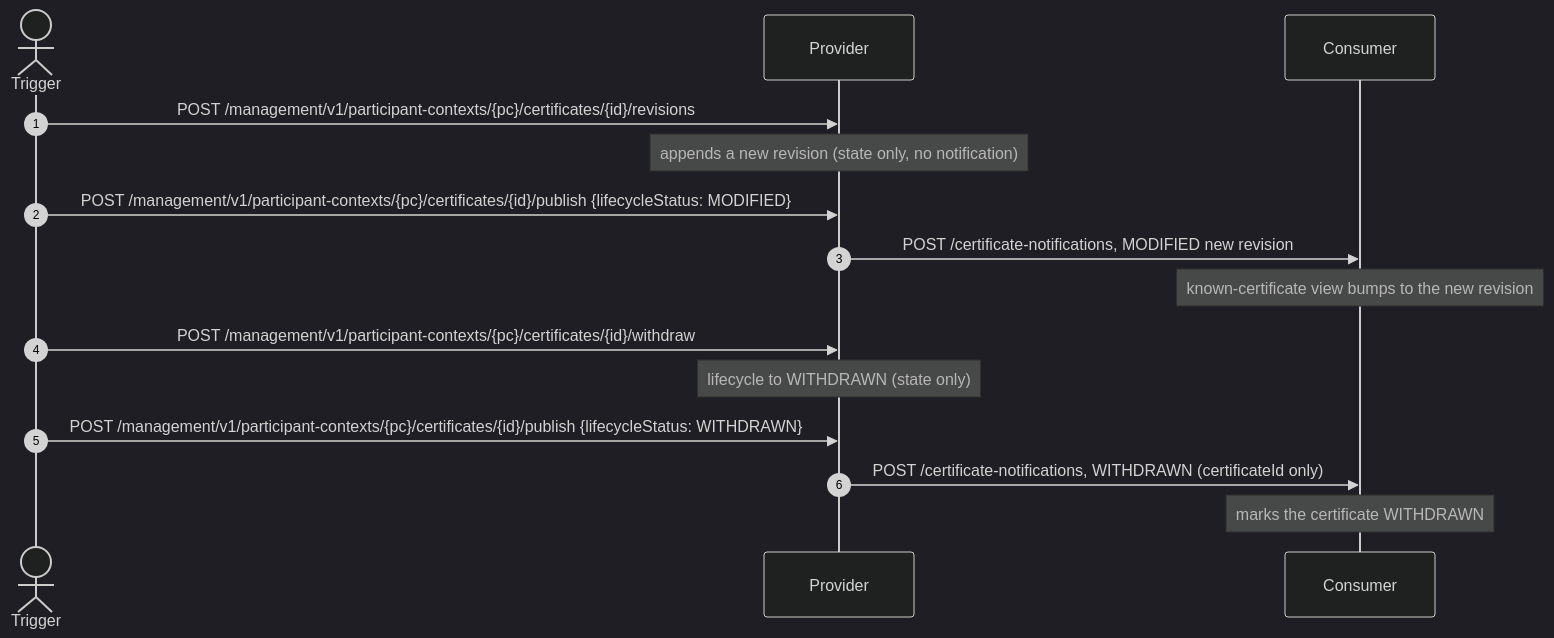
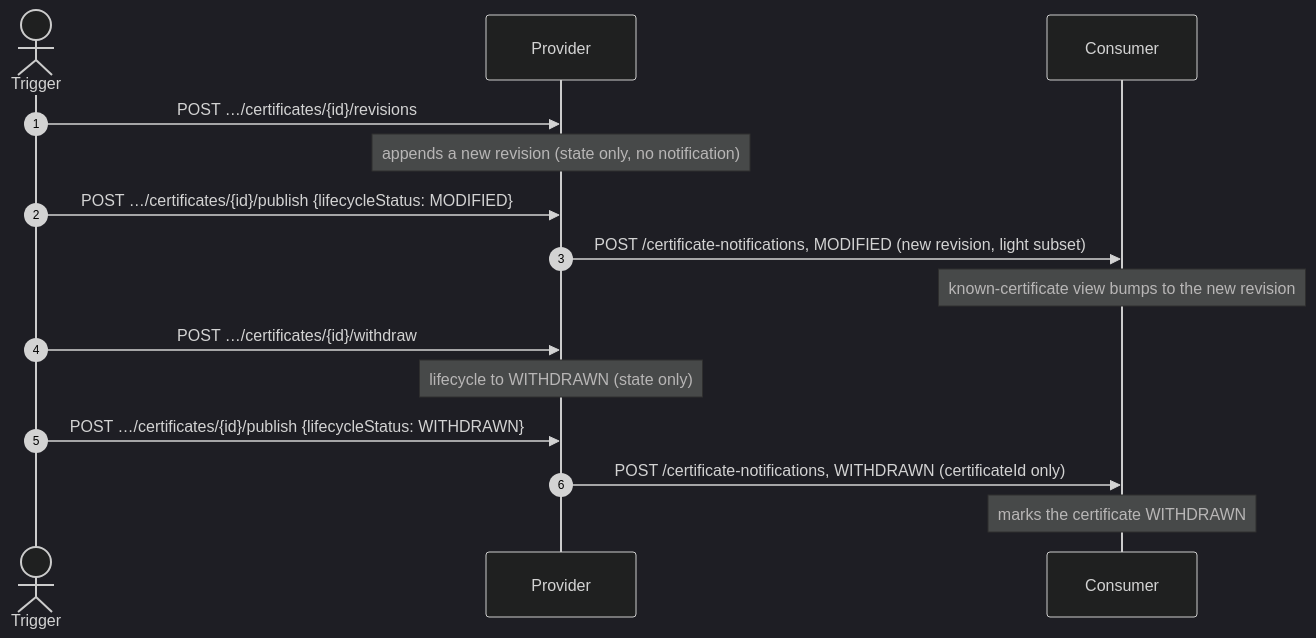
The fourth of 6 diagrams in docs/FLOWS.md (Metaform/certo), drawn with Mermaid (dark theme) before and after one commit. The commit also changed other lines of this file and 2 other files, not shown here.

````diff
--- a/docs/FLOWS.md
+++ b/docs/FLOWS.md
@@ -198,17 +191,17 @@
 ```mermaid
 sequenceDiagram
     autonumber
     actor T as Trigger
     participant P as Provider
     participant C as Consumer
-    T->>P: POST /management/v1/participant-contexts/{pc}/certificates/{id}/revisions
+    T->>P: POST …/certificates/{id}/revisions
     Note over P: appends a new revision (state only, no notification)
-    T->>P: POST /management/v1/participant-contexts/{pc}/certificates/{id}/publish {lifecycleStatus: MODIFIED}
-    P->>C: POST /certificate-notifications, MODIFIED new revision
+    T->>P: POST …/certificates/{id}/publish {lifecycleStatus: MODIFIED}
+    P->>C: POST /certificate-notifications, MODIFIED (new revision, light subset)
     Note over C: known-certificate view bumps to the new revision
-    T->>P: POST /management/v1/participant-contexts/{pc}/certificates/{id}/withdraw
+    T->>P: POST …/certificates/{id}/withdraw
     Note over P: lifecycle to WITHDRAWN (state only)
-    T->>P: POST /management/v1/participant-contexts/{pc}/certificates/{id}/publish {lifecycleStatus: WITHDRAWN}
+    T->>P: POST …/certificates/{id}/publish {lifecycleStatus: WITHDRAWN}
     P->>C: POST /certificate-notifications, WITHDRAWN (certificateId only)
     Note over C: marks the certificate WITHDRAWN
 ```
````
